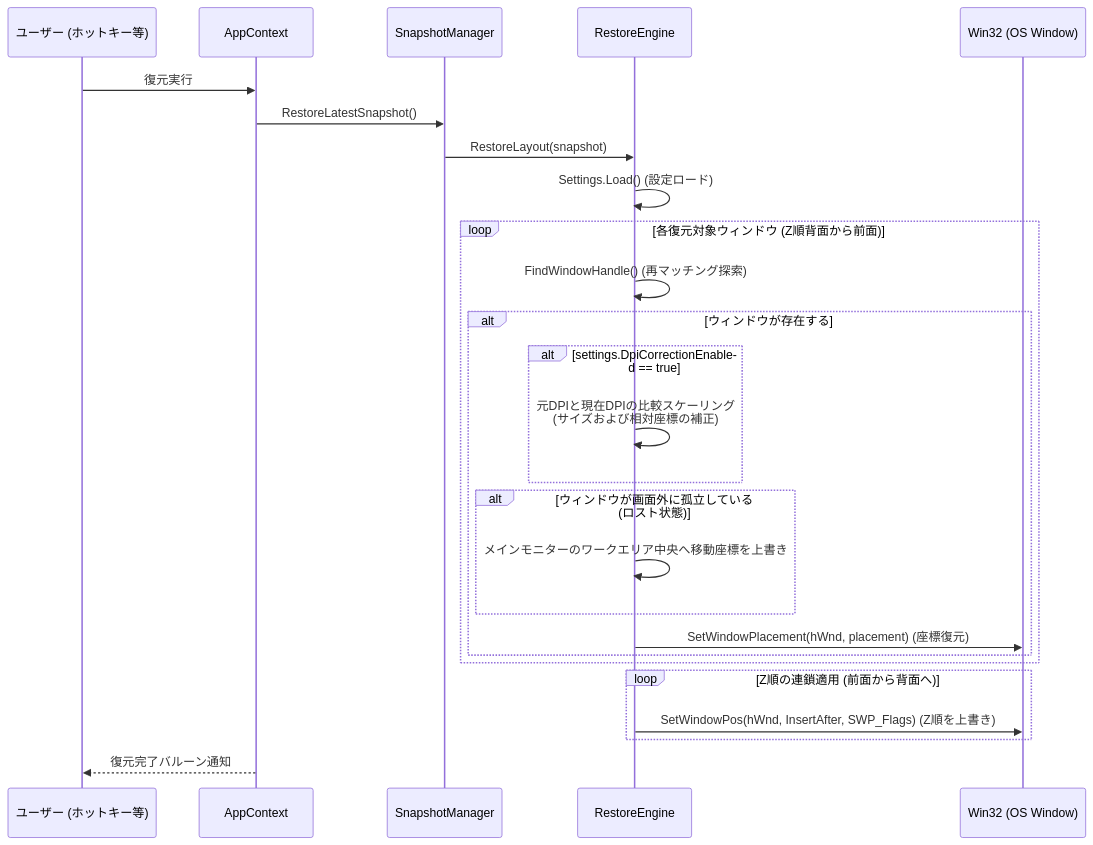
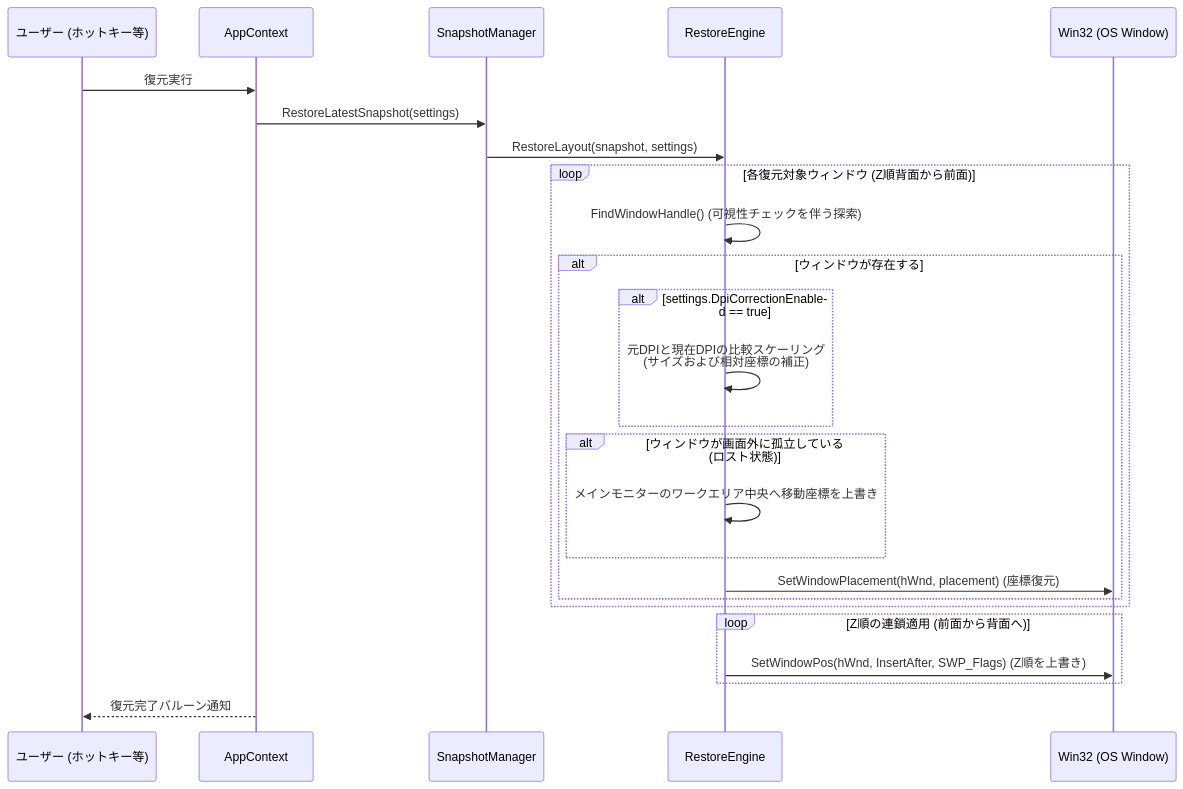
Before and after one commit to hamano1204/snapback-layout: the second of 2 diagrams in design_document.md, drawn with Mermaid. The commit also changed other lines of this file and 5 other files, not shown here.

````diff
--- a/design_document.md
+++ b/design_document.md
@@ -158,31 +169,30 @@
 ```mermaid
 sequenceDiagram
     participant U as ユーザー (ホットキー等)
     participant AC as AppContext
     participant SM as SnapshotManager
     participant RE as RestoreEngine
     participant W as Win32 (OS Window)
 
     U->>AC: 復元実行
-    AC->>SM: RestoreLatestSnapshot()
-    SM->>RE: RestoreLayout(snapshot)
-    RE->>RE: Settings.Load() (設定ロード)
+    AC->>SM: RestoreLatestSnapshot(settings)
+    SM->>RE: RestoreLayout(snapshot, settings)
     
     loop 各復元対象ウィンドウ (Z順背面から前面)
-        RE->>RE: FindWindowHandle() (再マッチング探索)
+        RE->>RE: FindWindowHandle() (可視性チェックを伴う探索)
         alt ウィンドウが存在する
             alt settings.DpiCorrectionEnabled == true
                 RE->>RE: 元DPIと現在DPIの比較スケーリング<br/>(サイズおよび相対座標の補正)
             end
             alt ウィンドウが画面外に孤立している (ロスト状態)
                 RE->>RE: メインモニターのワークエリア中央へ移動座標を上書き
             end
             RE->>W: SetWindowPlacement(hWnd, placement) (座標復元)
         end
     end
     
     loop Z順の連鎖適用 (前面から背面へ)
         RE->>W: SetWindowPos(hWnd, InsertAfter, SWP_Flags) (Z順を上書き)
     end
     AC-->>U: 復元完了バルーン通知
 ```
````
